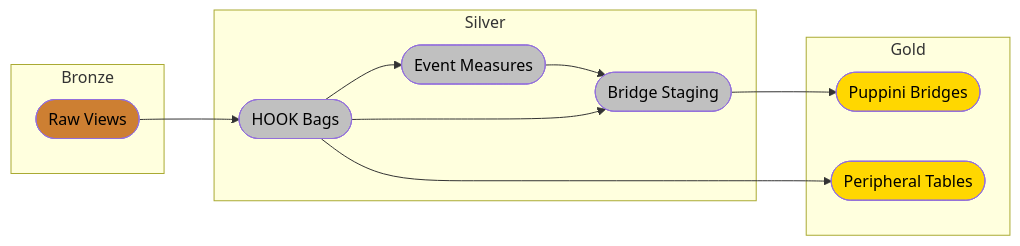
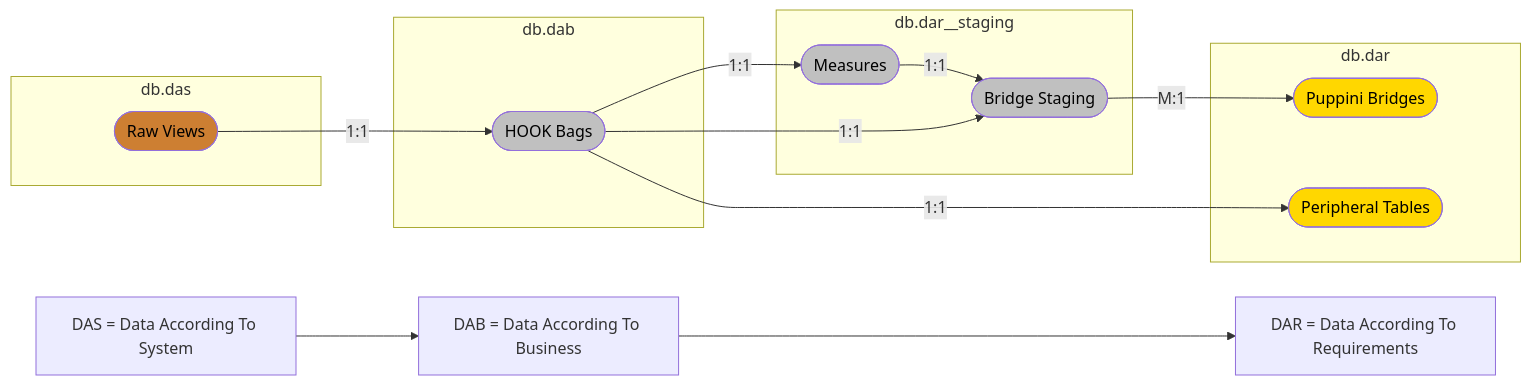
The second of 4 diagrams in README.md (mattiasthalen/adventure-works), drawn with Mermaid before and after one commit. The commit also changed 1 other file, not shown here.

Commit message:
Update the DAG to ADSS

````diff
--- a/README.md
+++ b/README.md
@@ -55,31 +55,32 @@
 ```mermaid
 flowchart LR
+    classDef bronze fill:#CD7F32,color:black
+    classDef silver fill:#C0C0C0,color:black
+    classDef gold fill:#FFD700,color:black
 
-    subgraph bronze["Bronze"]
-        raw(["Raw Views"])
+    subgraph das["db.das"]
+        raw(["Raw Views"]):::bronze
     end
 
-    subgraph silver["Silver"]
-        hook(["HOOK Bags"])
-        measures(["Event Measures"])
-        bridge_staging(["Bridge Staging"])
+    subgraph dab["db.dab"]
+        hook(["HOOK Bags"]):::silver
     end
 
-    subgraph gold["Gold"]
-        bridge(["Puppini Bridges"])
-        peripheral(["Peripheral Tables"])
+    subgraph dar_stg["db.dar__staging"]
+        measures(["Measures"]):::silver
+        bridge_staging(["Bridge Staging"]):::silver
     end
 
-    raw --> hook --> measures --> bridge_staging --> bridge
-    hook --> bridge_staging
-    hook --> peripheral
+    subgraph dar["db.dar"]
+        bridge(["Puppini Bridges"]):::gold
+        peripheral(["Peripheral Tables"]):::gold
+    end
 
-    style raw fill:#CD7F32,color:black
+    raw -- "1:1" --> hook -- "1:1" --> measures -- "1:1" --> bridge_staging -- "M:1" --> bridge
+    hook -- "1:1" --> bridge_staging
+    hook -- "1:1" --> peripheral
 
-    style hook fill:#C0C0C0,color:black
-    style measures fill:#C0C0C0,color:black
-    style bridge_staging fill:#C0C0C0,color:black
-
-    style bridge fill:#FFD700,color:black
-    style peripheral fill:#FFD700,color:black
+    legend_das["DAS = Data According To System"] -->
+    legend_dab["DAB = Data According To Business"] ---->
+    legend_dar["DAR = Data According To Requirements"]
 ```
````
